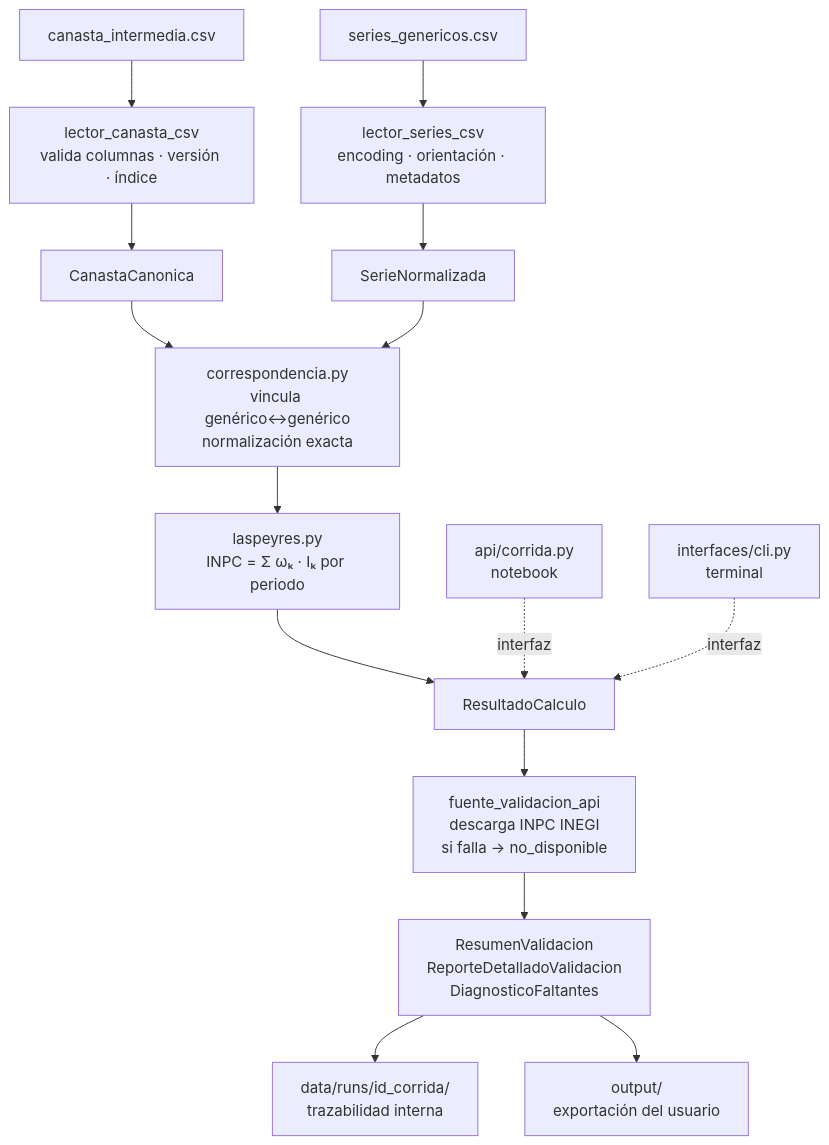
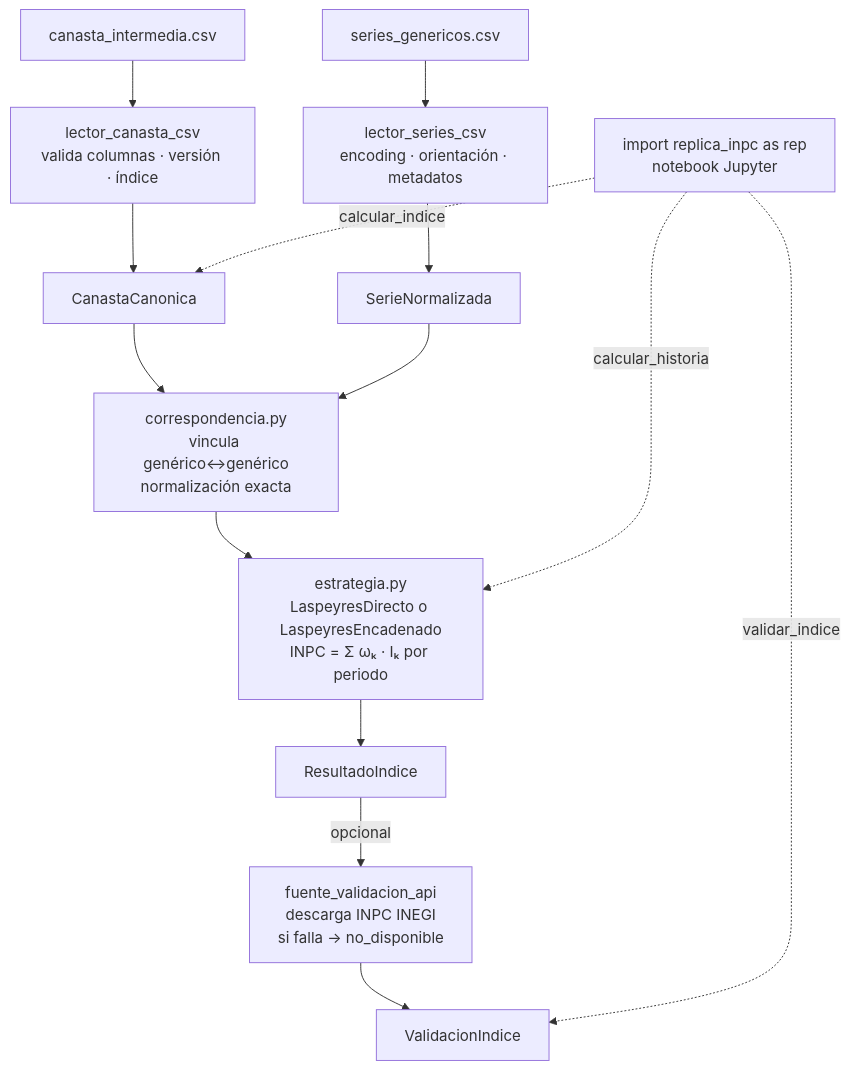
One commit to 2kom/replica-inpc-mx changed the second of 2 diagrams in docs/diseñov2.md. Above: the diagram before and after it, drawn with Mermaid. The commit also changed other lines of this file, not shown here.

````diff
--- a/docs/diseñov2.md
+++ b/docs/diseñov2.md
@@ -317,28 +315,26 @@
 ```mermaid
 flowchart TD
     CSV1[canasta_intermedia.csv]
     CSV2[series_genericos.csv]
 
     CSV1 --> LCC["lector_canasta_csv<br/>valida columnas · versión · índice"]
     CSV2 --> LSC["lector_series_csv<br/>encoding · orientación · metadatos"]
 
     LCC --> CC[CanastaCanonica]
     LSC --> SN[SerieNormalizada]
 
     CC & SN --> CORR["correspondencia.py<br/>vincula genérico↔genérico<br/>normalización exacta"]
 
-    CORR --> CALC["laspeyres.py<br/>INPC = Σ ωₖ · Iₖ por periodo"]
+    CORR --> EST["estrategia.py<br/>LaspeyresDirecto o LaspeyresEncadenado<br/>INPC = Σ ωₖ · Iₖ por periodo"]
 
-    CALC --> RC[ResultadoCalculo]
+    EST --> RI[ResultadoIndice]
 
-    RC --> FVAPI["fuente_validacion_api<br/>descarga INPC INEGI<br/>si falla → no_disponible"]
+    RI -->|opcional| FVAPI["fuente_validacion_api<br/>descarga INPC INEGI<br/>si falla → no_disponible"]
 
-    FVAPI --> VAL["ResumenValidacion<br/>ReporteDetalladoValidacion<br/>DiagnosticoFaltantes"]
+    FVAPI --> VAL[ValidacionIndice]
 
-    VAL --> RUNS["data/runs/id_corrida/<br/>trazabilidad interna"]
-    VAL --> OUT["output/<br/>exportación del usuario"]
-
-    NB["api/corrida.py<br/>notebook"]
-    CLI["interfaces/cli.py<br/>terminal"]
-    NB & CLI -.->|interfaz| RC
+    NB["import replica_inpc as rep<br/>notebook Jupyter"]
+    NB -.->|calcular_indice| CC
+    NB -.->|calcular_historia| EST
+    NB -.->|validar_indice| VAL
 ```
````
